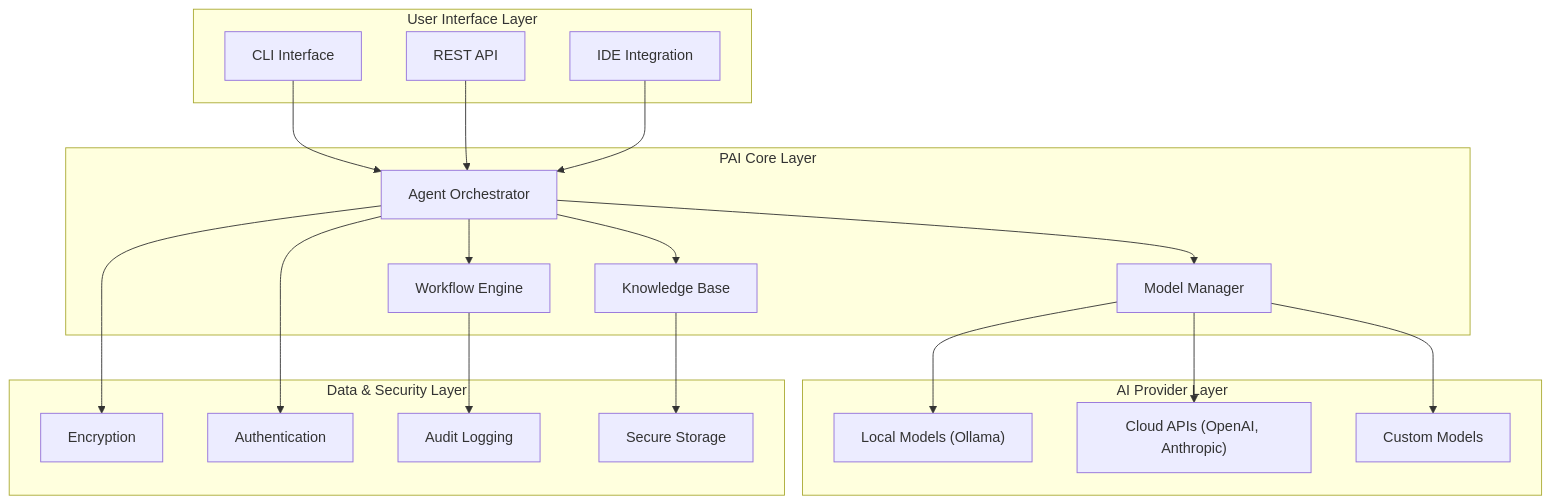
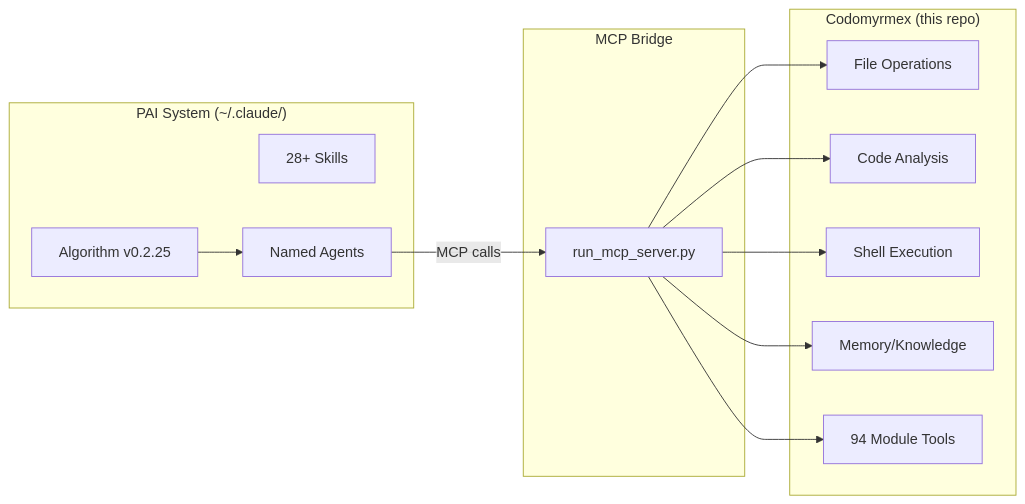
One commit to docxology/codomyrmex changed the diagram in PAI.md. Above: the diagram before and after it, drawn with Mermaid. The commit also changed other lines of this file and 10 other files, not shown here.

````diff
--- a/PAI.md
+++ b/PAI.md
@@ -77,45 +35,28 @@
 ```mermaid
-graph TB
-    subgraph userInterface ["User Interface Layer"]
-        CLI["CLI Interface"]
-        API["REST API"]
-        IDE["IDE Integration"]
+graph LR
+    subgraph PAI ["PAI System (~/.claude/)"]
+        Algo["Algorithm v0.2.25"]
+        Skills["28+ Skills"]
+        Agents["Named Agents"]
     end
 
-    subgraph paiCore ["PAI Core Layer"]
-        AgentOrch["Agent Orchestrator"]
-        ModelMgr["Model Manager"]
-        Knowledge["Knowledge Base"]
-        Workflow["Workflow Engine"]
+    subgraph Bridge ["MCP Bridge"]
+        Server["run_mcp_server.py"]
     end
 
-    subgraph aiProviders ["AI Provider Layer"]
-        Local["Local Models (Ollama)"]
-        Cloud["Cloud APIs (OpenAI, Anthropic)"]
-        Custom["Custom Models"]
+    subgraph Codomyrmex ["Codomyrmex (this repo)"]
+        FileOps["File Operations"]
+        CodeAnalysis["Code Analysis"]
+        Shell["Shell Execution"]
+        Memory["Memory/Knowledge"]
+        Modules["94 Module Tools"]
     end
 
-    subgraph dataLayer ["Data & Security Layer"]
-        Encryption["Encryption"]
-        Auth["Authentication"]
-        Audit["Audit Logging"]
-        Storage["Secure Storage"]
-    end
-
-    CLI --> AgentOrch
-    API --> AgentOrch
-    IDE --> AgentOrch
-
-    AgentOrch --> ModelMgr
-    AgentOrch --> Knowledge
-    AgentOrch --> Workflow
-
-    ModelMgr --> Local
-    ModelMgr --> Cloud
-    ModelMgr --> Custom
-
-    Knowledge --> Storage
-    Workflow --> Audit
-    AgentOrch --> Encryption
-    AgentOrch --> Auth
+    Algo --> Agents
+    Agents -->|"MCP calls"| Server
+    Server --> FileOps
+    Server --> CodeAnalysis
+    Server --> Shell
+    Server --> Memory
+    Server --> Modules
 ```
````
